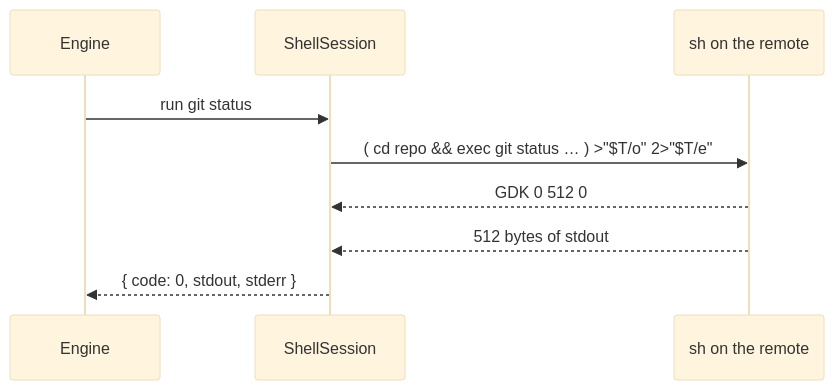
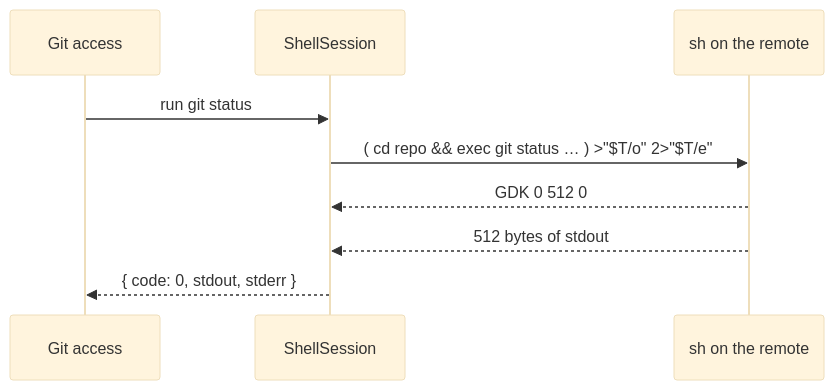
The diagram in docs/Architecture/Hosts.md (genbeya/genbeya), drawn with Mermaid (base theme) before and after one commit. The commit also changed other lines of this file and 12 other files, not shown here.

First line of the commit message:
Document the Angular architecture and runtime comparison; run tests in CI

````diff
--- a/docs/Architecture/Hosts.md
+++ b/docs/Architecture/Hosts.md
@@ -15,11 +15,11 @@
 ```mermaid
 sequenceDiagram
-  participant E as Engine
+  participant E as Git access
   participant S as ShellSession
   participant R as sh on the remote
   E->>S: run git status
   S->>R: ( cd repo && exec git status … ) >"$T/o" 2>"$T/e"
   R-->>S: GDK 0 512 0
   R-->>S: 512 bytes of stdout
   S-->>E: { code: 0, stdout, stderr }
 ```
````
